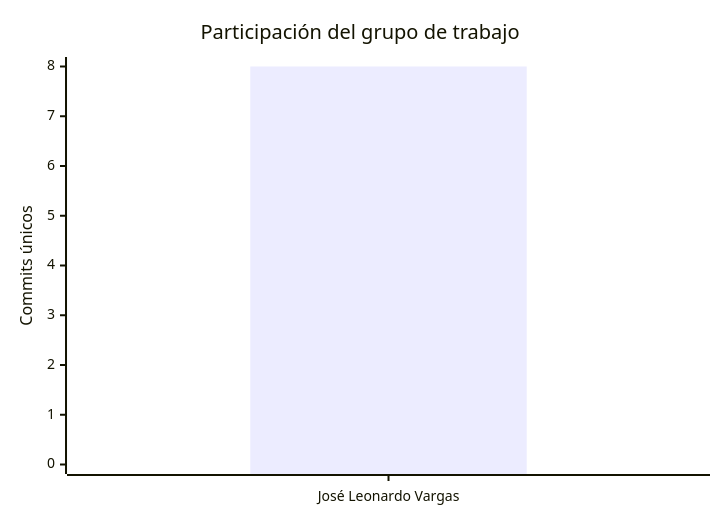
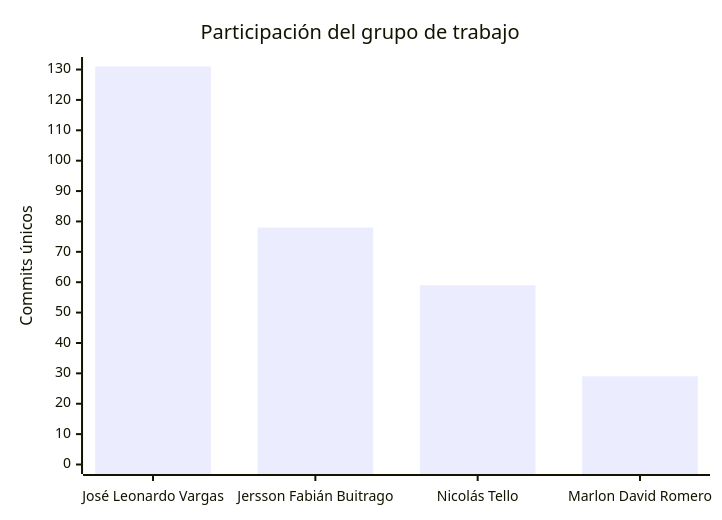
One commit to FarmaExpres/FarmaExpres changed the second of 2 diagrams in README.md. Above: the diagram before and after it, drawn with Mermaid. The commit also changed other lines of this file and 1 other file, not shown here.

````diff
--- a/README.md
+++ b/README.md
@@ -395,7 +401,7 @@
 ```mermaid
 xychart-beta
     title "Participación del grupo de trabajo"
-    x-axis ["José Leonardo Vargas"]
-    y-axis "Commits únicos" 0 --> 8
-    bar [8]
+    x-axis ["José Leonardo Vargas", "Jersson Fabián Buitrago", "Nicolás Tello", "Marlon David Romero"]
+    y-axis "Commits únicos" 0 --> 131
+    bar [131, 78, 59, 29]
 ```
````
